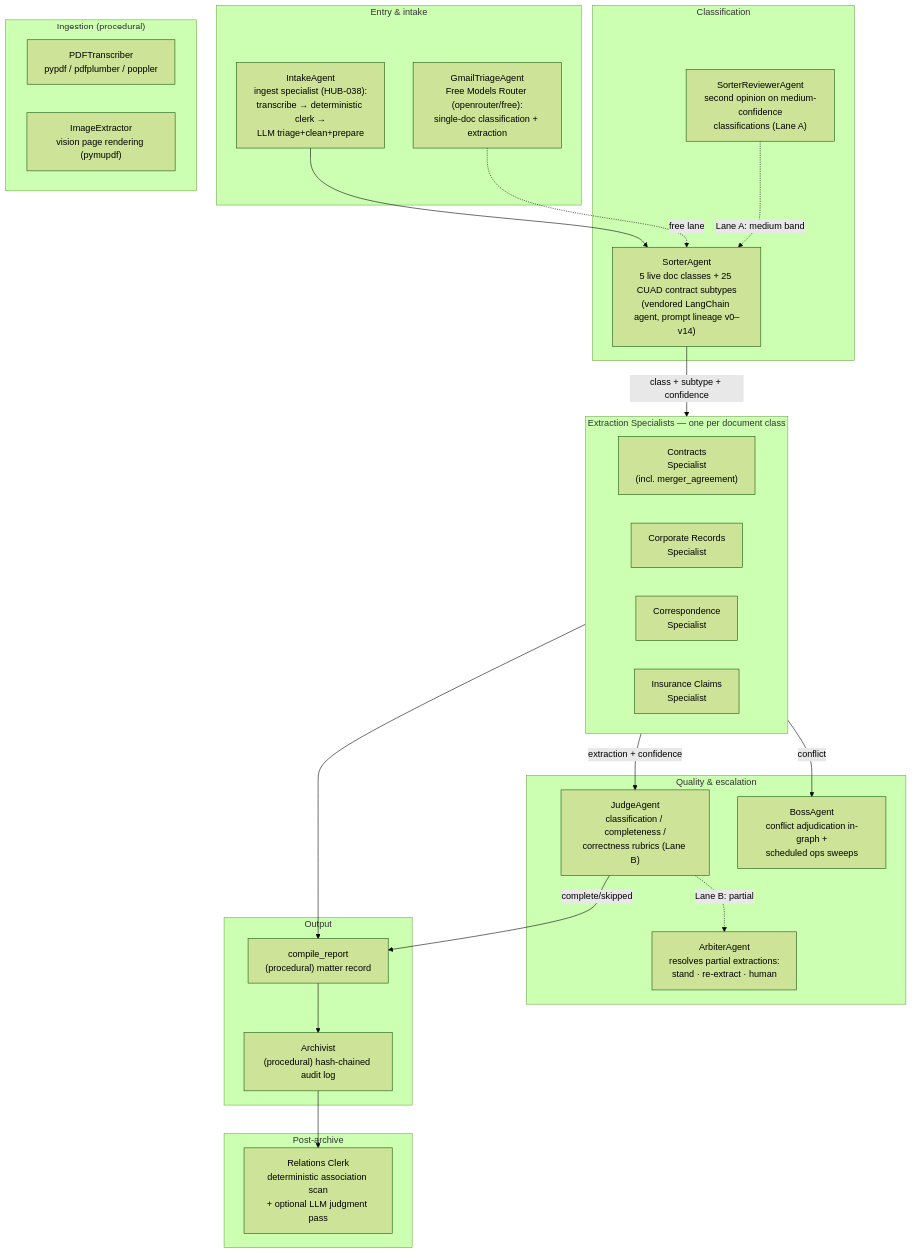
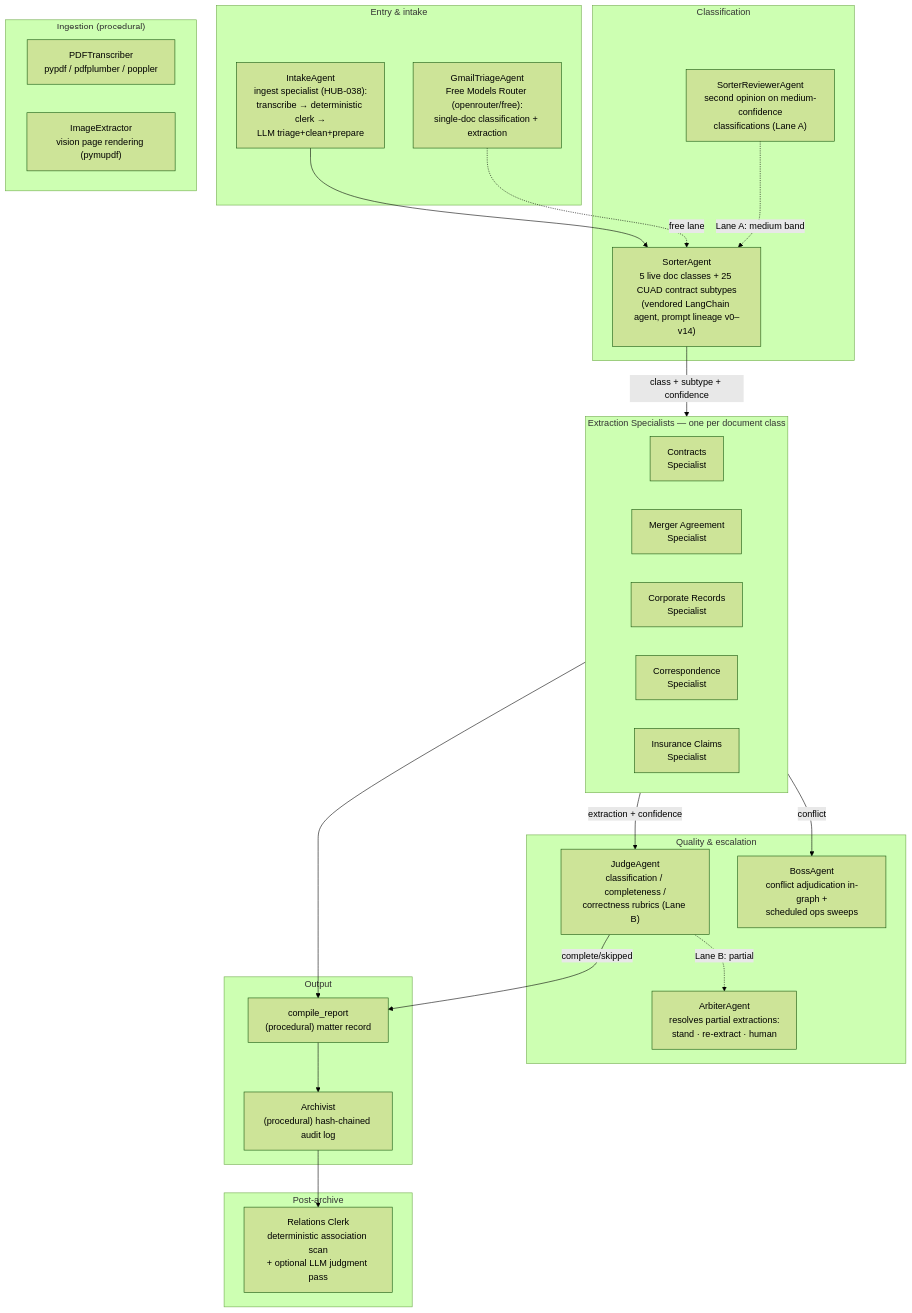
Before and after one commit to LLM-Mailroom-Services/Digital-Mailroom: the second of 2 diagrams in README.md, drawn with Mermaid (forest theme). The commit also changed other lines of this file and 121 other files, not shown here.

````diff
--- a/README.md
+++ b/README.md
@@ -208,51 +223,52 @@
 ```mermaid
 flowchart TB
     subgraph ENTRY["Entry & intake"]
         INTAKE["IntakeAgent<br/>ingest specialist (HUB-038):<br/>transcribe → deterministic clerk →<br/>LLM triage+clean+prepare"]
         GMAIL["GmailTriageAgent<br/>Free Models Router (openrouter/free):<br/>single-doc classification + extraction"]
     end
 
     subgraph CLASSIFY["Classification"]
         SORTER["SorterAgent<br/>5 live doc classes + 25 CUAD contract subtypes<br/>(vendored LangChain agent, prompt lineage v0–v14)"]
         REVIEWER["SorterReviewerAgent<br/>second opinion on medium-confidence<br/>classifications (Lane A)"]
     end
 
     subgraph SPECIALISTS["Extraction Specialists — one per document class"]
-        CONTRACTS["Contracts<br/>Specialist<br/>(incl. merger_agreement)"]
+        CONTRACTS["Contracts<br/>Specialist"]
+        MERGER["Merger Agreement<br/>Specialist"]
         CORP["Corporate Records<br/>Specialist"]
         CORR["Correspondence<br/>Specialist"]
         INS["Insurance Claims<br/>Specialist"]
     end
 
     subgraph QUALITY["Quality & escalation"]
         JUDGE["JudgeAgent<br/>classification / completeness /<br/>correctness rubrics (Lane B)"]
         ARBITER["ArbiterAgent<br/>resolves partial extractions:<br/>stand · re-extract · human"]
         BOSS["BossAgent<br/>conflict adjudication in-graph +<br/>scheduled ops sweeps"]
     end
 
     subgraph OUTPUT["Output"]
         REPORTER["compile_report<br/>(procedural) matter record"]
         ARCHIVIST["Archivist<br/>(procedural) hash-chained audit log"]
     end
 
     subgraph POST["Post-archive"]
         RELATIONS["Relations Clerk<br/>deterministic association scan<br/>+ optional LLM judgment pass"]
     end
 
     subgraph INGEST2["Ingestion (procedural)"]
         PDF["PDFTranscriber<br/>pypdf / pdfplumber / poppler"]
         IMG["ImageExtractor<br/>vision page rendering (pymupdf)"]
     end
 
     INTAKE --> SORTER
     GMAIL -.->|free lane| SORTER
     SORTER -- "class + subtype + confidence" --> SPECIALISTS
     REVIEWER -. "Lane A: medium band" .-> SORTER
     SPECIALISTS -- "extraction + confidence" --> JUDGE
     JUDGE -. "Lane B: partial" .-> ARBITER
     SPECIALISTS -- "conflict" --> BOSS
     SPECIALISTS --> REPORTER
     JUDGE -- "complete/skipped" --> REPORTER
     REPORTER --> ARCHIVIST
     ARCHIVIST --> RELATIONS
 ```
````
